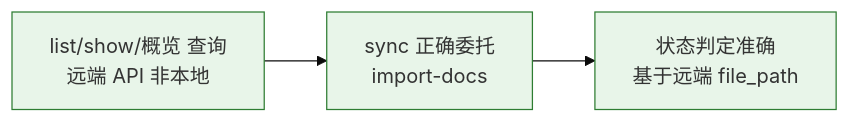
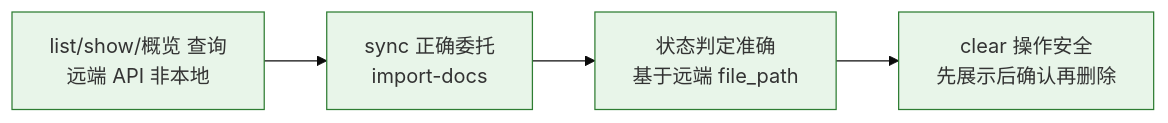
Diagram 11 of 12 in skills/rui-story/SKILL.md (effiy/YrY), drawn with Mermaid (base theme) before and after one commit. The commit also changed other lines of this file and 28 other files, not shown here.

````diff
--- a/skills/rui-story/SKILL.md
+++ b/skills/rui-story/SKILL.md
@@ -267,8 +331,9 @@
 ```mermaid
 flowchart LR
     F1["list/show/概览 查询<br/>远端 API 非本地"]:::sig
     F1 --> F2["sync 正确委托<br/>import-docs"]:::sig
     F2 --> F3["状态判定准确<br/>基于远端 file_path"]:::sig
+    F3 --> F4["clear 操作安全<br/>先展示后确认再删除"]:::sig
 
     classDef sig fill:#e8f5e9,stroke:#2e7d32;
 ```
````
